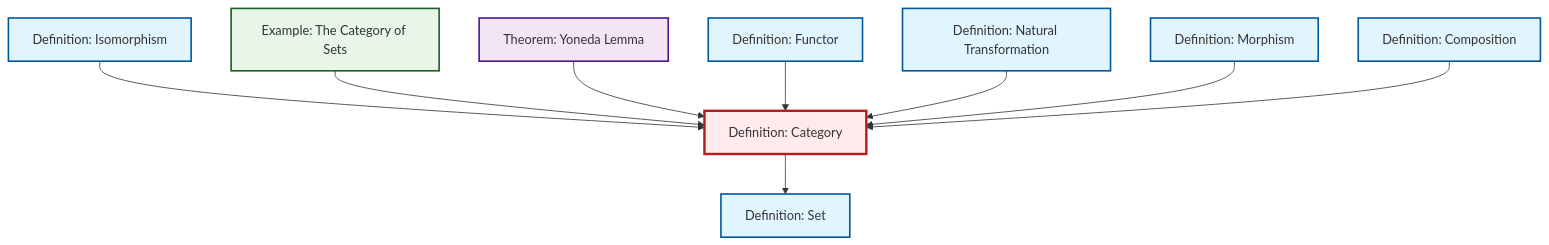
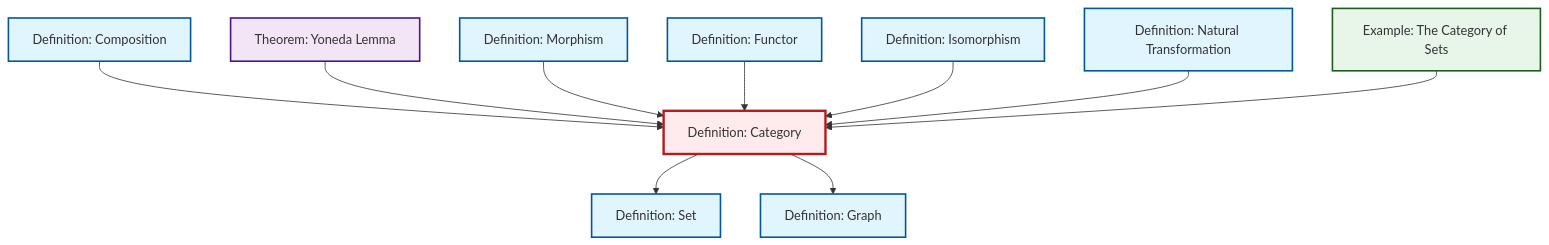
The diagram in content/ja/category-theory/def-category.qmd (RK0429/ModernMath), drawn with Mermaid before and after one commit. The commit also changed 434 other files, not shown here.

````diff
--- a/content/ja/category-theory/def-category.qmd
+++ b/content/ja/category-theory/def-category.qmd
@@ -48,35 +48,38 @@
 ```{mermaid}
 %%| fig-cap: "Local dependency graph"
 graph TD
     classDef definition fill:#e1f5fe,stroke:#01579b,stroke-width:2px
     classDef theorem fill:#f3e5f5,stroke:#4a148c,stroke-width:2px
     classDef axiom fill:#fff3e0,stroke:#e65100,stroke-width:2px
     classDef example fill:#e8f5e9,stroke:#1b5e20,stroke-width:2px
     classDef current fill:#ffebee,stroke:#b71c1c,stroke-width:3px
+    def-set["Definition: Set"]:::definition
+    def-isomorphism["Definition: Isomorphism"]:::definition
+    def-morphism["Definition: Morphism"]:::definition
+    def-category["Definition: Category"]:::definition
+    def-graph["Definition: Graph"]:::definition
+    def-composition["Definition: Composition"]:::definition
+    def-functor["Definition: Functor"]:::definition
+    thm-yoneda["Theorem: Yoneda Lemma"]:::theorem
     def-natural-transformation["Definition: Natural Transformation"]:::definition
-    def-functor["Definition: Functor"]:::definition
-    def-category["Definition: Category"]:::definition
-    def-morphism["Definition: Morphism"]:::definition
-    thm-yoneda["Theorem: Yoneda Lemma"]:::theorem
-    def-composition["Definition: Composition"]:::definition
-    def-isomorphism["Definition: Isomorphism"]:::definition
-    def-set["Definition: Set"]:::definition
     ex-set-category["Example: The Category of Sets"]:::example
+    def-category --> def-set
+    def-composition --> def-category
+    thm-yoneda --> def-category
+    def-morphism --> def-category
+    def-functor --> def-category
     def-isomorphism --> def-category
+    def-category --> def-graph
+    def-natural-transformation --> def-category
     ex-set-category --> def-category
-    thm-yoneda --> def-category
-    def-functor --> def-category
-    def-category --> def-set
-    def-natural-transformation --> def-category
-    def-morphism --> def-category
-    def-composition --> def-category
     class def-category current
+    click def-set "def-set.html" "Definition: Setへ"
+    click def-isomorphism "def-isomorphism.html" "Definition: Isomorphismへ"
+    click def-morphism "def-morphism.html" "Definition: Morphismへ"
+    click def-graph "def-graph.html" "Definition: Graphへ"
+    click def-composition "def-composition.html" "Definition: Compositionへ"
+    click def-functor "def-functor.html" "Definition: Functorへ"
+    click thm-yoneda "thm-yoneda.html" "Theorem: Yoneda Lemmaへ"
     click def-natural-transformation "def-natural-transformation.html" "Definition: Natural Transformationへ"
-    click def-functor "def-functor.html" "Definition: Functorへ"
-    click def-morphism "def-morphism.html" "Definition: Morphismへ"
-    click thm-yoneda "thm-yoneda.html" "Theorem: Yoneda Lemmaへ"
-    click def-composition "def-composition.html" "Definition: Compositionへ"
-    click def-isomorphism "def-isomorphism.html" "Definition: Isomorphismへ"
-    click def-set "def-set.html" "Definition: Setへ"
     click ex-set-category "ex-set-category.html" "Example: The Category of Setsへ"
 ```
````
